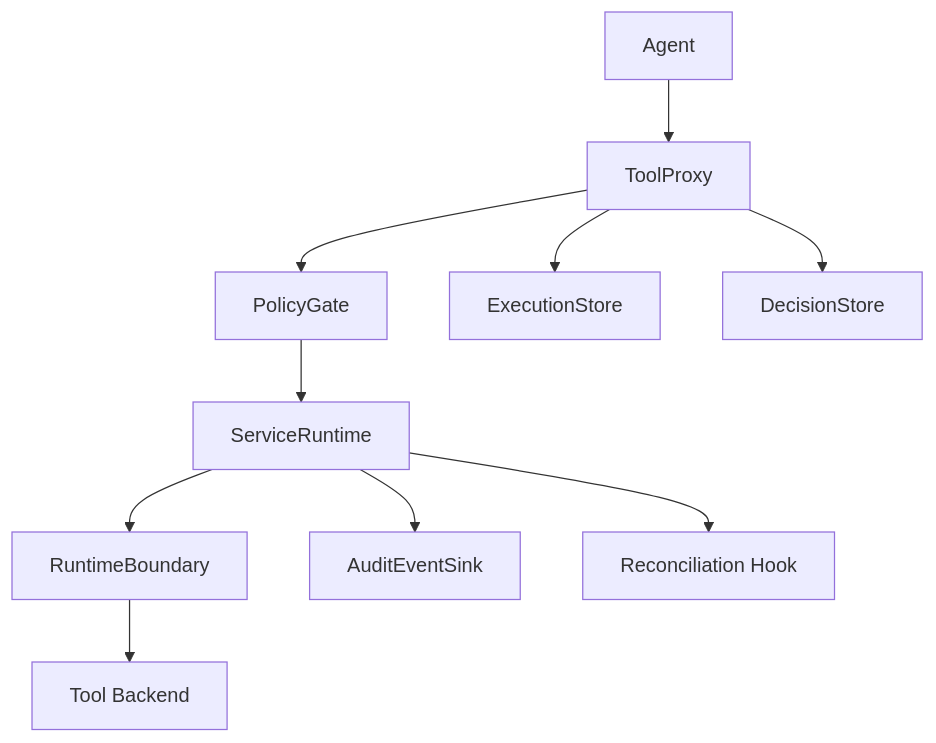
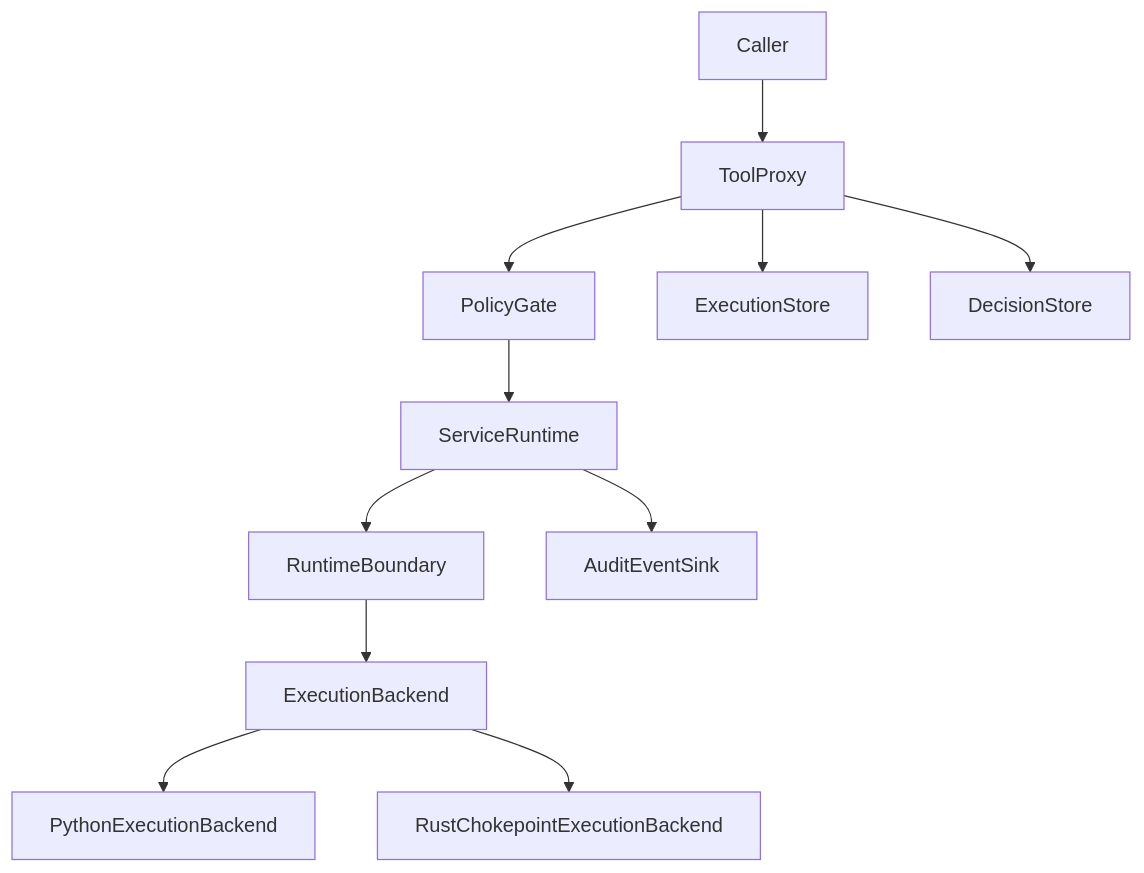
One commit to zyx-corporation/koguchi changed the first of 2 diagrams in docs/architecture.md. Above: the diagram before and after it, drawn with Mermaid. The commit also changed other lines of this file and 3 other files, not shown here.

First line of the commit message:
docs: v0.9 Phase 1 — Example index, architecture update, ADR reading order

````diff
--- a/docs/architecture.md
+++ b/docs/architecture.md
@@ -11,12 +13,13 @@
 ```mermaid
 flowchart TD
-  A["Agent"] --> B["ToolProxy"]
+  A["Caller"] --> B["ToolProxy"]
   B --> C["PolicyGate"]
+  B --> I["ExecutionStore"]
+  B --> J["DecisionStore"]
   C --> D["ServiceRuntime"]
   D --> E["RuntimeBoundary"]
-  E --> F["Tool Backend"]
-  D --> G["AuditEventSink"]
-  D --> H["Reconciliation Hook"]
-  B --> I["ExecutionStore"]
-  B --> J["DecisionStore"]
+  E --> F["ExecutionBackend"]
+  F --> G["PythonExecutionBackend"]
+  F --> H["RustChokepointExecutionBackend"]
+  D --> K["AuditEventSink"]
 ```
````
